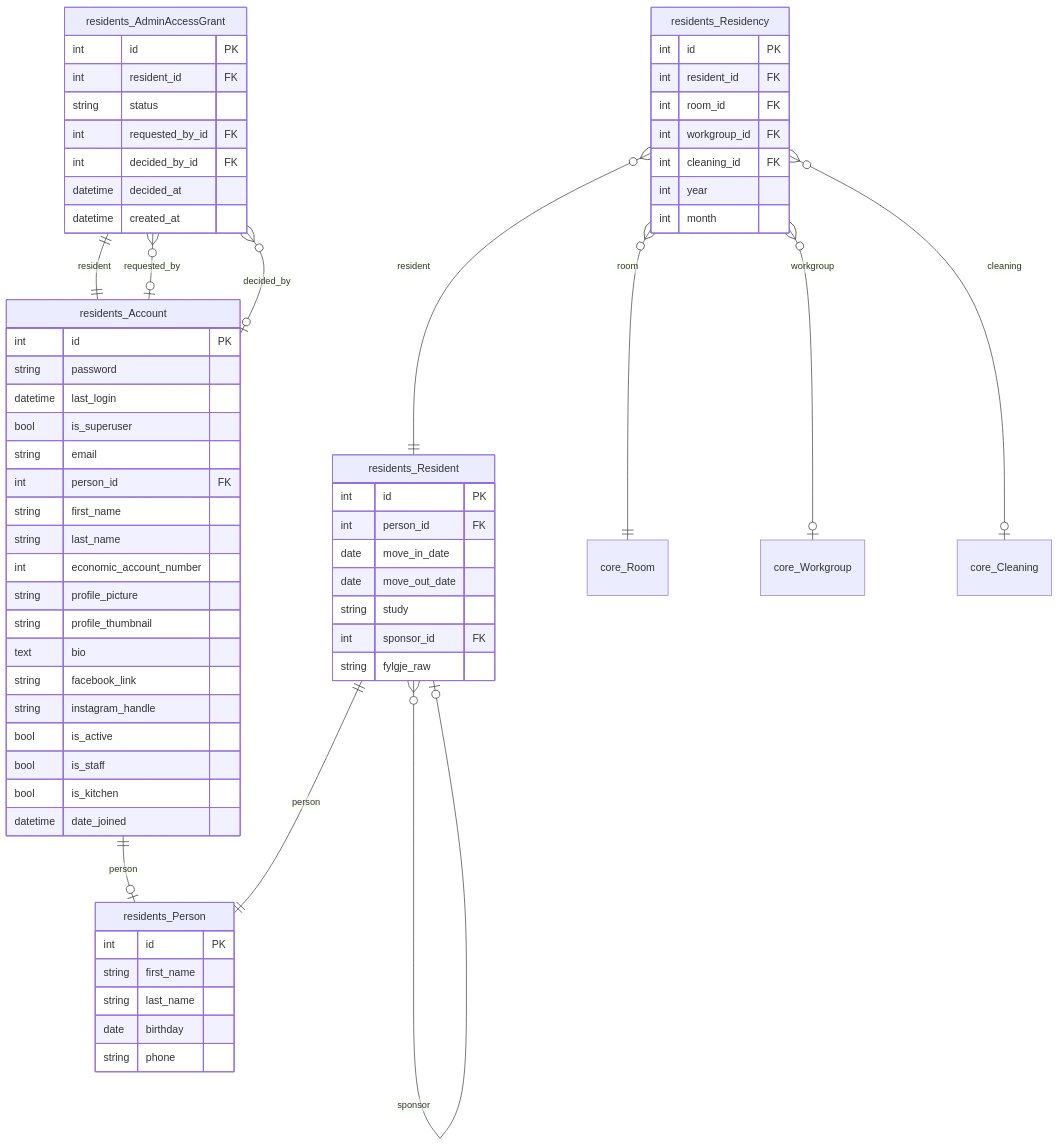
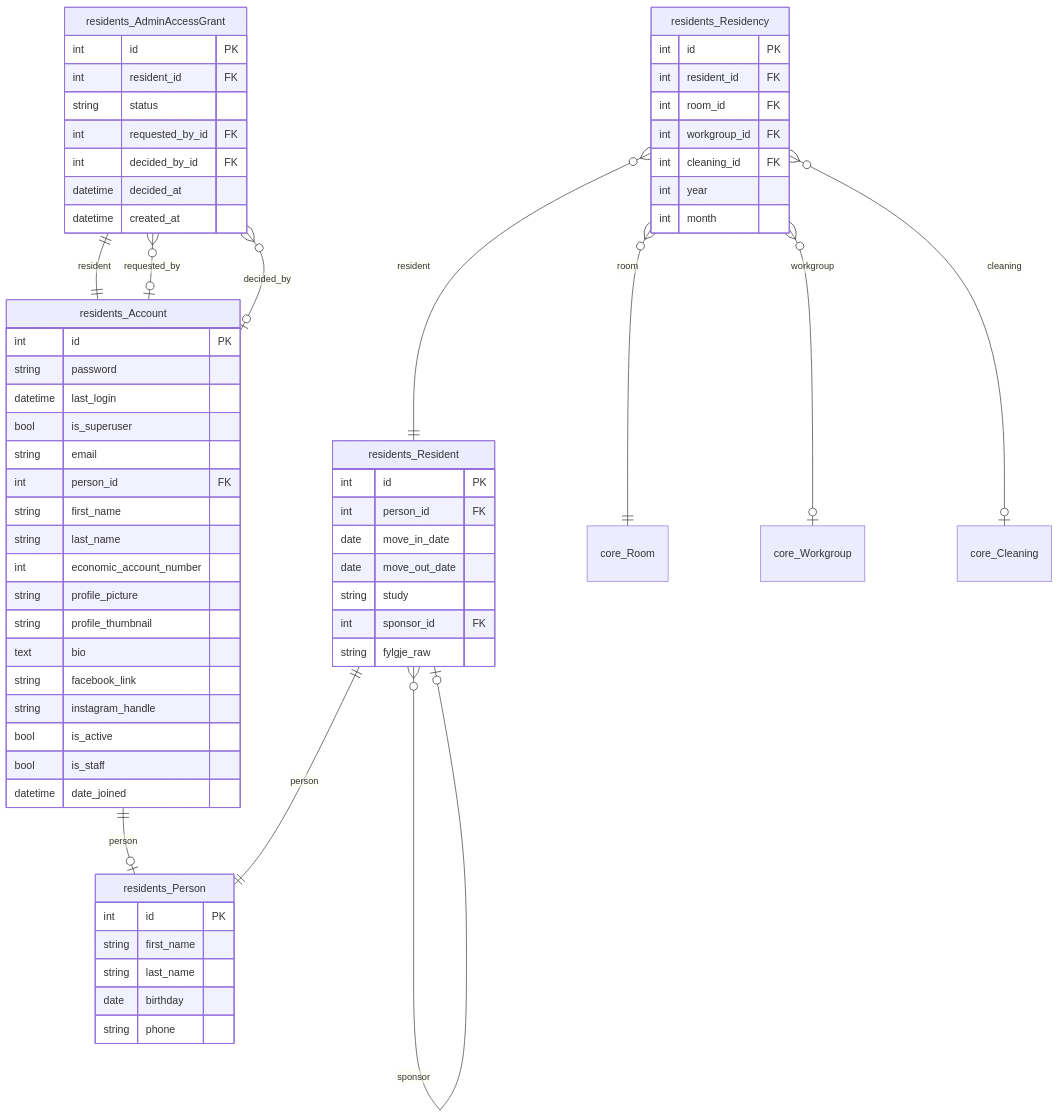
Diagram 17 of 19 in docs/erd.md (GAHK-org/gahk_intern), drawn with Mermaid before and after one commit. The commit also changed other lines of this file and 24 other files, not shown here.

````diff
--- a/docs/erd.md
+++ b/docs/erd.md
@@ -2292,78 +2291,77 @@
 ```mermaid
 erDiagram
     residents_Person {
         int id PK
         string first_name
         string last_name
         date birthday
         string phone
     }
 
     residents_Resident {
         int id PK
         int person_id FK
         date move_in_date
         date move_out_date
         string study
         int sponsor_id FK
         string fylgje_raw
     }
 
     residents_Account {
         int id PK
         string password
         datetime last_login
         bool is_superuser
         string email
         int person_id FK
         string first_name
         string last_name
         int economic_account_number
         string profile_picture
         string profile_thumbnail
         text bio
         string facebook_link
         string instagram_handle
         bool is_active
         bool is_staff
-        bool is_kitchen
         datetime date_joined
     }
 
     residents_Residency {
         int id PK
         int resident_id FK
         int room_id FK
         int workgroup_id FK
         int cleaning_id FK
         int year
         int month
     }
 
     residents_AdminAccessGrant {
         int id PK
         int resident_id FK
         string status
         int requested_by_id FK
         int decided_by_id FK
         datetime decided_at
         datetime created_at
     }
 
     core_Cleaning { }
 
     core_Room { }
 
     core_Workgroup { }
 
     residents_Resident ||--|| residents_Person : "person"
     residents_Resident }o--|o residents_Resident : "sponsor"
     residents_Account ||--|o residents_Person : "person"
     residents_Residency }o--|| residents_Resident : "resident"
     residents_Residency }o--|| core_Room : "room"
     residents_Residency }o--|o core_Workgroup : "workgroup"
     residents_Residency }o--|o core_Cleaning : "cleaning"
     residents_AdminAccessGrant ||--|| residents_Account : "resident"
     residents_AdminAccessGrant }o--|o residents_Account : "requested_by"
     residents_AdminAccessGrant }o--|o residents_Account : "decided_by"
 ```
````
